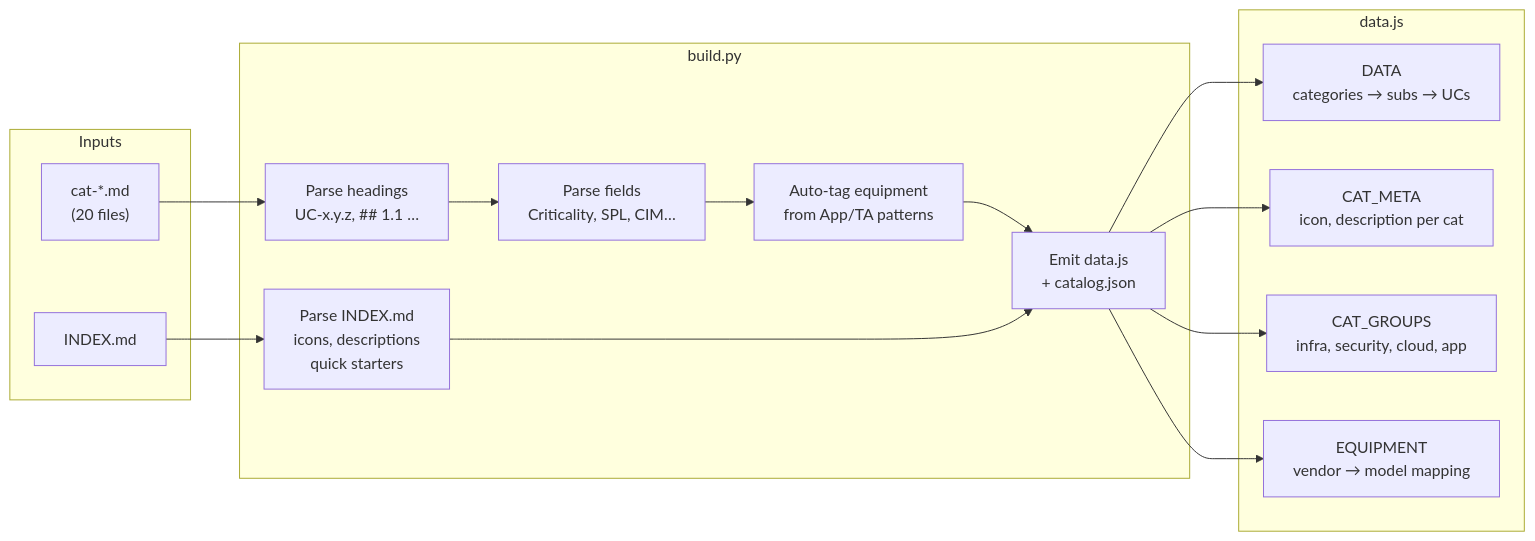
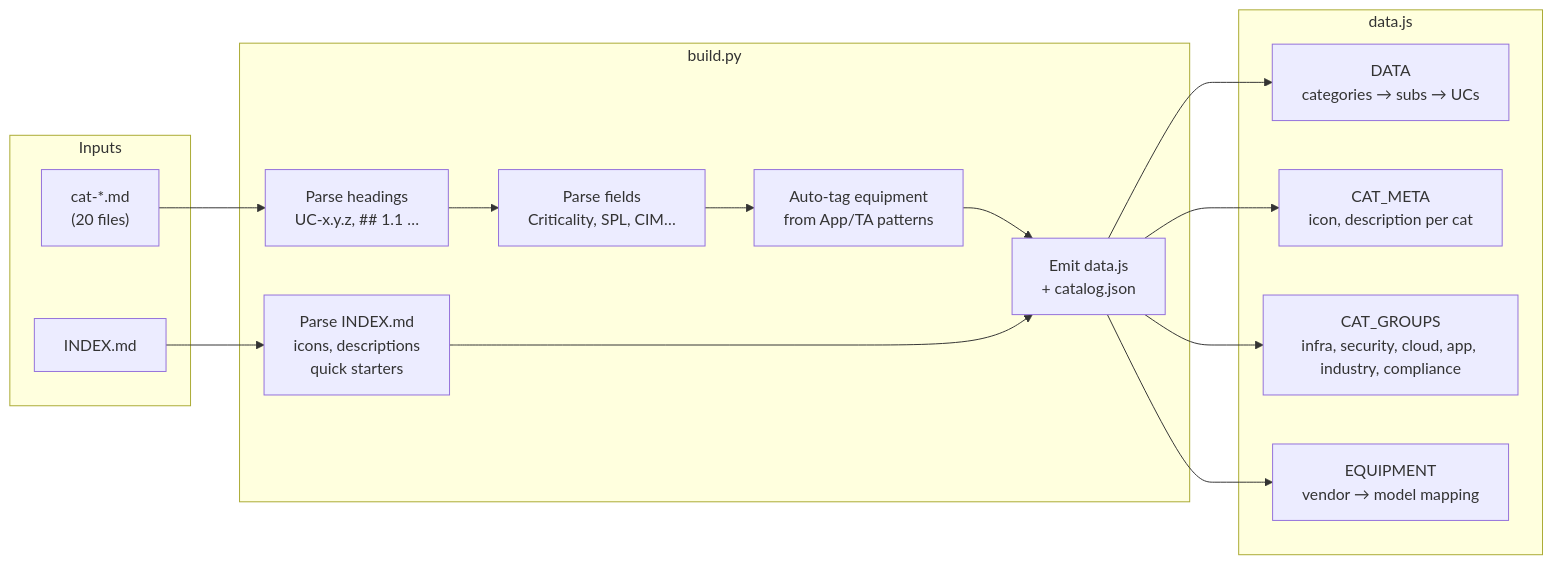
One commit to fenre/splunk-monitoring-use-cases changed the third of 6 diagrams in CODEBASE-DIAGRAM.md. Above: the diagram before and after it, drawn with Mermaid. The commit also changed other lines of this file and 26 other files, not shown here.

````diff
--- a/CODEBASE-DIAGRAM.md
+++ b/CODEBASE-DIAGRAM.md
@@ -82,33 +82,33 @@
 ```mermaid
 flowchart LR
     subgraph inputs["Inputs"]
         A["cat-*.md\n(20 files)"]
         B["INDEX.md"]
     end
 
     subgraph build_steps["build.py"]
         P1["Parse headings\nUC-x.y.z, ## 1.1 …"]
         P2["Parse fields\nCriticality, SPL, CIM…"]
         P3["Parse INDEX.md\nicons, descriptions\nquick starters"]
         P4["Auto-tag equipment\nfrom App/TA patterns"]
         P5["Emit data.js\n+ catalog.json"]
     end
 
     subgraph js["data.js"]
         D["DATA\ncategories → subs → UCs"]
         M["CAT_META\nicon, description per cat"]
-        G["CAT_GROUPS\ninfra, security, cloud, app"]
+        G["CAT_GROUPS\ninfra, security, cloud, app, industry, compliance"]
         E["EQUIPMENT\nvendor → model mapping"]
     end
 
     A --> P1
     B --> P3
     P1 --> P2
     P2 --> P4
     P4 --> P5
     P3 --> P5
     P5 --> D
     P5 --> M
     P5 --> G
     P5 --> E
 ```
````
